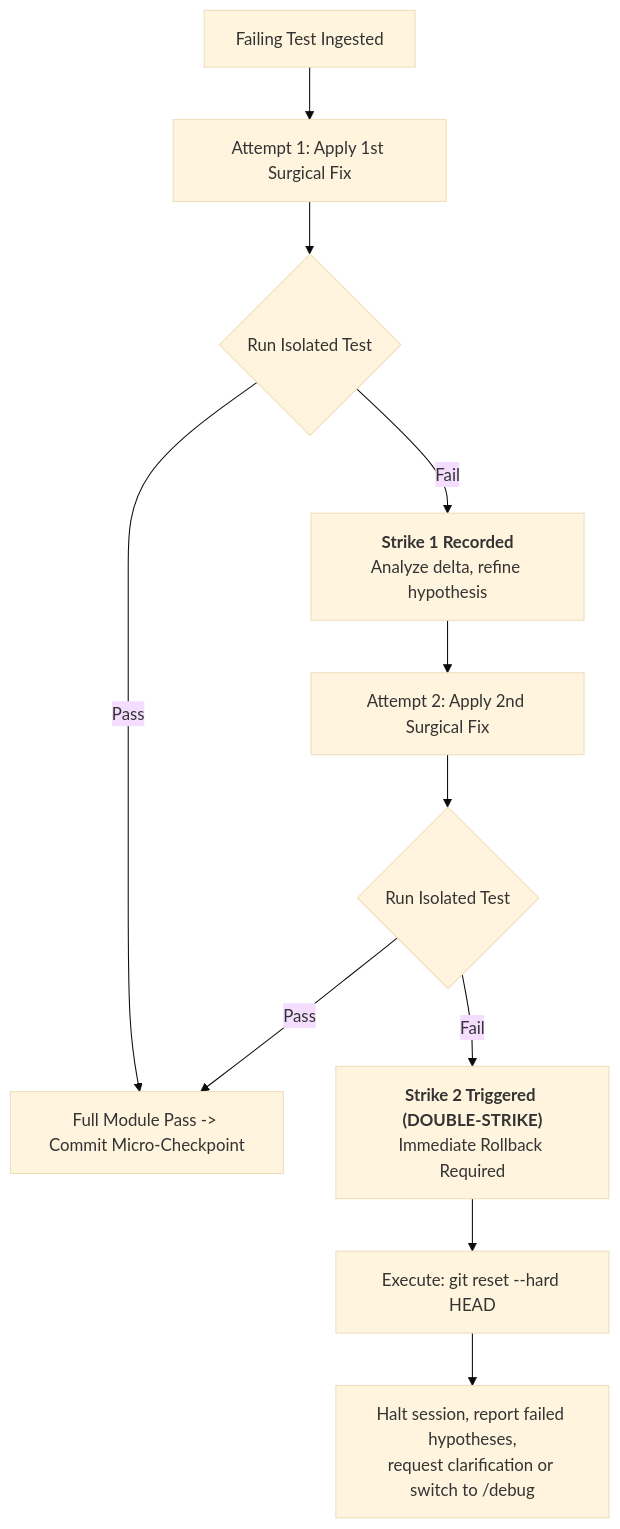
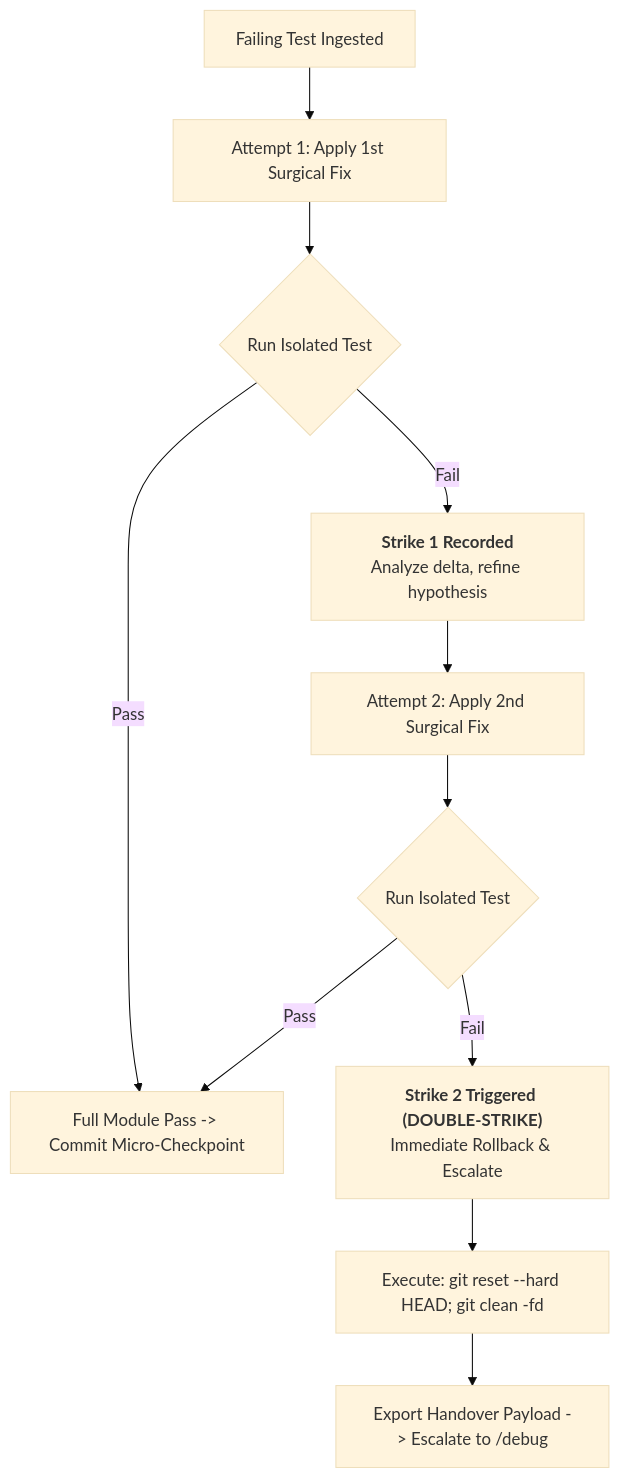
The diagram in skills/test-fix/references/test-fix-protocol.md (MarcosVeniciu/antigravity-agentic-skills), drawn with Mermaid (base theme) before and after one commit. The commit also changed other lines of this file and 10 other files, not shown here.

````diff
--- a/skills/test-fix/references/test-fix-protocol.md
+++ b/skills/test-fix/references/test-fix-protocol.md
@@ -94,13 +104,13 @@
 ```mermaid
 flowchart TD
     Start["Failing Test Ingested"] --> Att1["Attempt 1: Apply 1st Surgical Fix"]
     Att1 --> Test1{"Run Isolated Test"}
     Test1 -- Pass --> Success["Full Module Pass -> Commit Micro-Checkpoint"]
     Test1 -- Fail --> Strike1["<b>Strike 1 Recorded</b><br/>Analyze delta, refine hypothesis"]
     Strike1 --> Att2["Attempt 2: Apply 2nd Surgical Fix"]
     Att2 --> Test2{"Run Isolated Test"}
     Test2 -- Pass --> Success
-    Test2 -- Fail --> Strike2["<b>Strike 2 Triggered (DOUBLE-STRIKE)</b><br/>Immediate Rollback Required"]
-    Strike2 --> Rollback["Execute: git reset --hard HEAD"]
-    Rollback --> Escalate["Halt session, report failed hypotheses,<br/>request clarification or switch to /debug"]
+    Test2 -- Fail --> Strike2["<b>Strike 2 Triggered (DOUBLE-STRIKE)</b><br/>Immediate Rollback & Escalate"]
+    Strike2 --> Rollback["Execute: git reset --hard HEAD; git clean -fd"]
+    Rollback --> Escalate["Export Handover Payload -> Escalate to /debug"]
 ```
````
